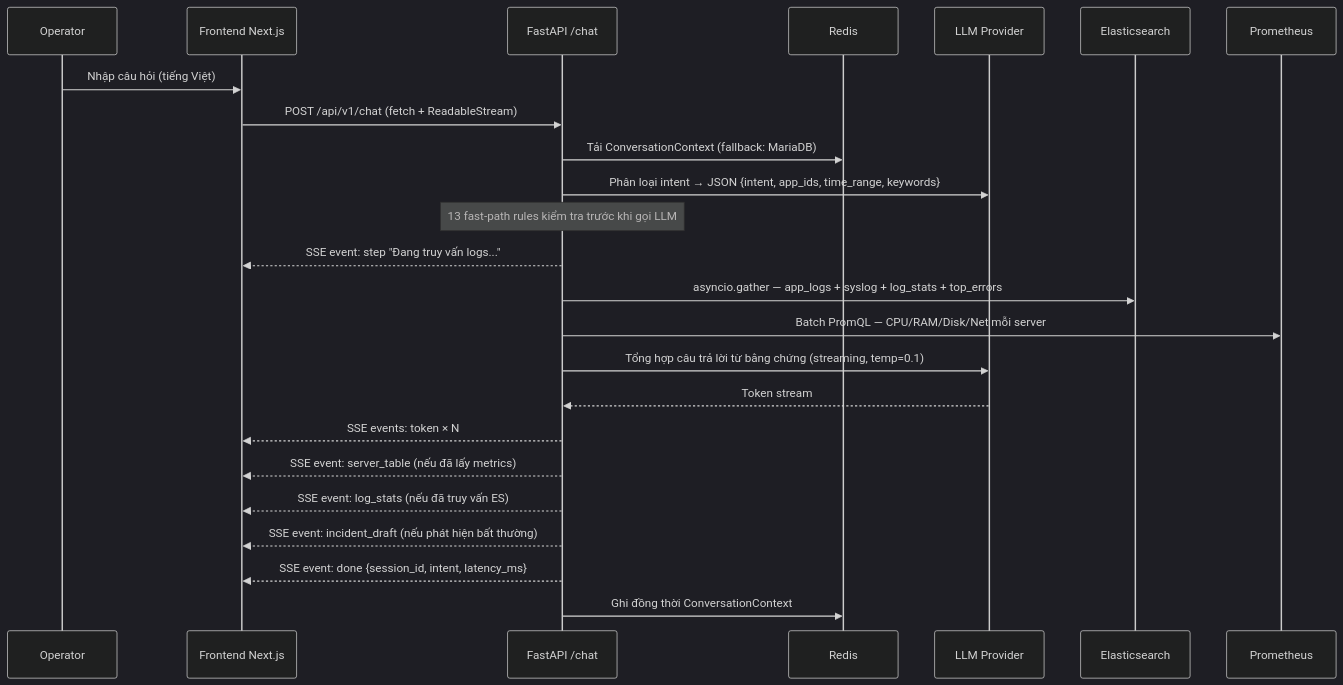
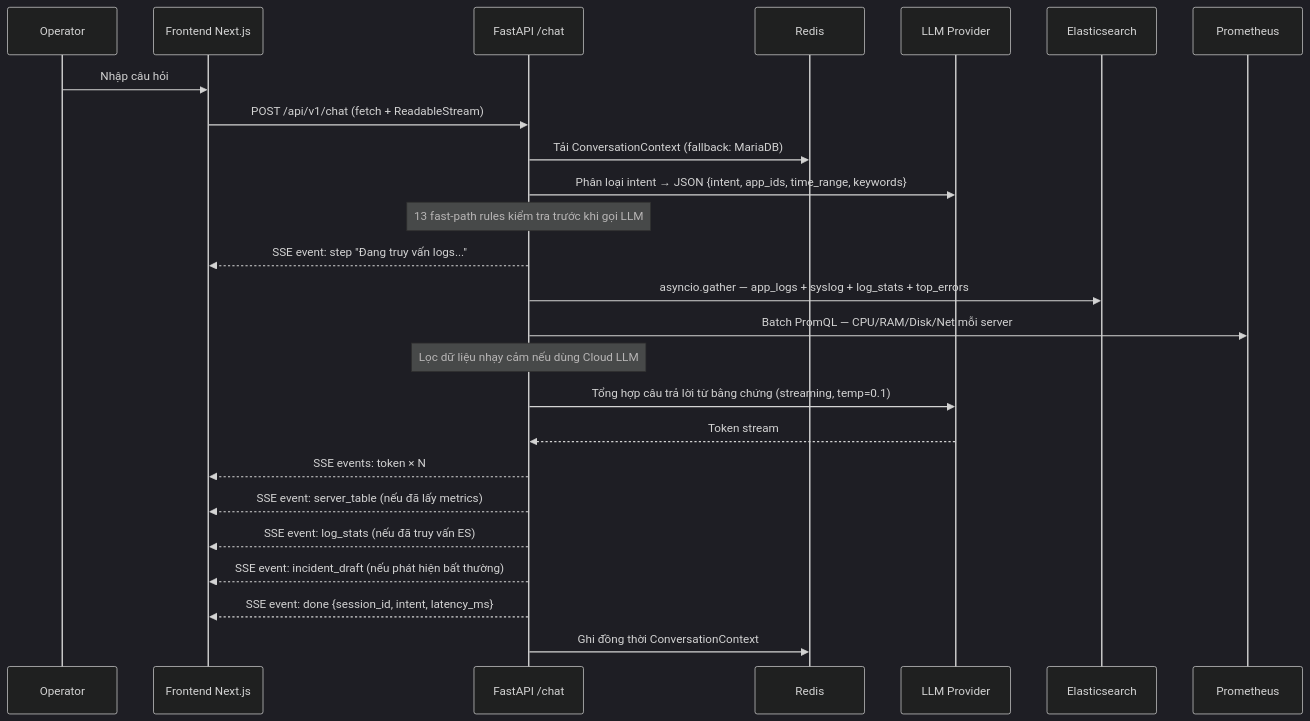
Before and after one commit to HaManhDong/aiops: the second of 2 diagrams in README.md, drawn with Mermaid (dark theme). The commit also changed other lines of this file, not shown here.

````diff
--- a/README.md
+++ b/README.md
@@ -151,27 +178,28 @@
 ```mermaid
 sequenceDiagram
     participant U as Operator
     participant FE as Frontend Next.js
     participant API as FastAPI /chat
     participant R as Redis
     participant LLM as LLM Provider
     participant ES as Elasticsearch
     participant PM as Prometheus
 
-    U->>FE: Nhập câu hỏi (tiếng Việt)
+    U->>FE: Nhập câu hỏi
     FE->>API: POST /api/v1/chat (fetch + ReadableStream)
     API->>R: Tải ConversationContext (fallback: MariaDB)
     API->>LLM: Phân loại intent → JSON {intent, app_ids, time_range, keywords}
     Note over API: 13 fast-path rules kiểm tra trước khi gọi LLM
     API-->>FE: SSE event: step "Đang truy vấn logs..."
     API->>ES: asyncio.gather — app_logs + syslog + log_stats + top_errors
     API->>PM: Batch PromQL — CPU/RAM/Disk/Net mỗi server
+    Note over API: Lọc dữ liệu nhạy cảm nếu dùng Cloud LLM
     API->>LLM: Tổng hợp câu trả lời từ bằng chứng (streaming, temp=0.1)
     LLM-->>API: Token stream
     API-->>FE: SSE events: token × N
     API-->>FE: SSE event: server_table (nếu đã lấy metrics)
     API-->>FE: SSE event: log_stats (nếu đã truy vấn ES)
     API-->>FE: SSE event: incident_draft (nếu phát hiện bất thường)
     API-->>FE: SSE event: done {session_id, intent, latency_ms}
     API->>R: Ghi đồng thời ConversationContext
 ```
````
